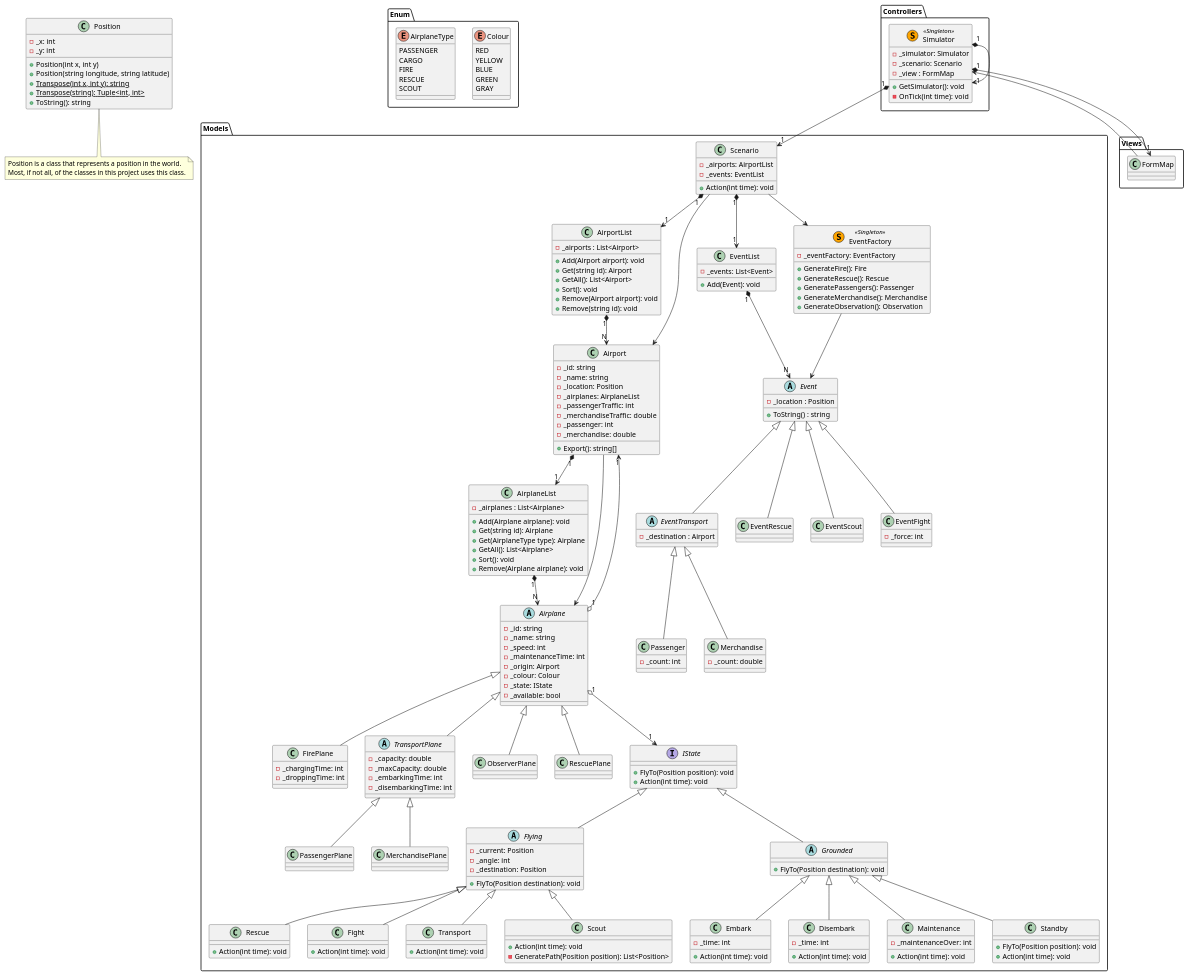
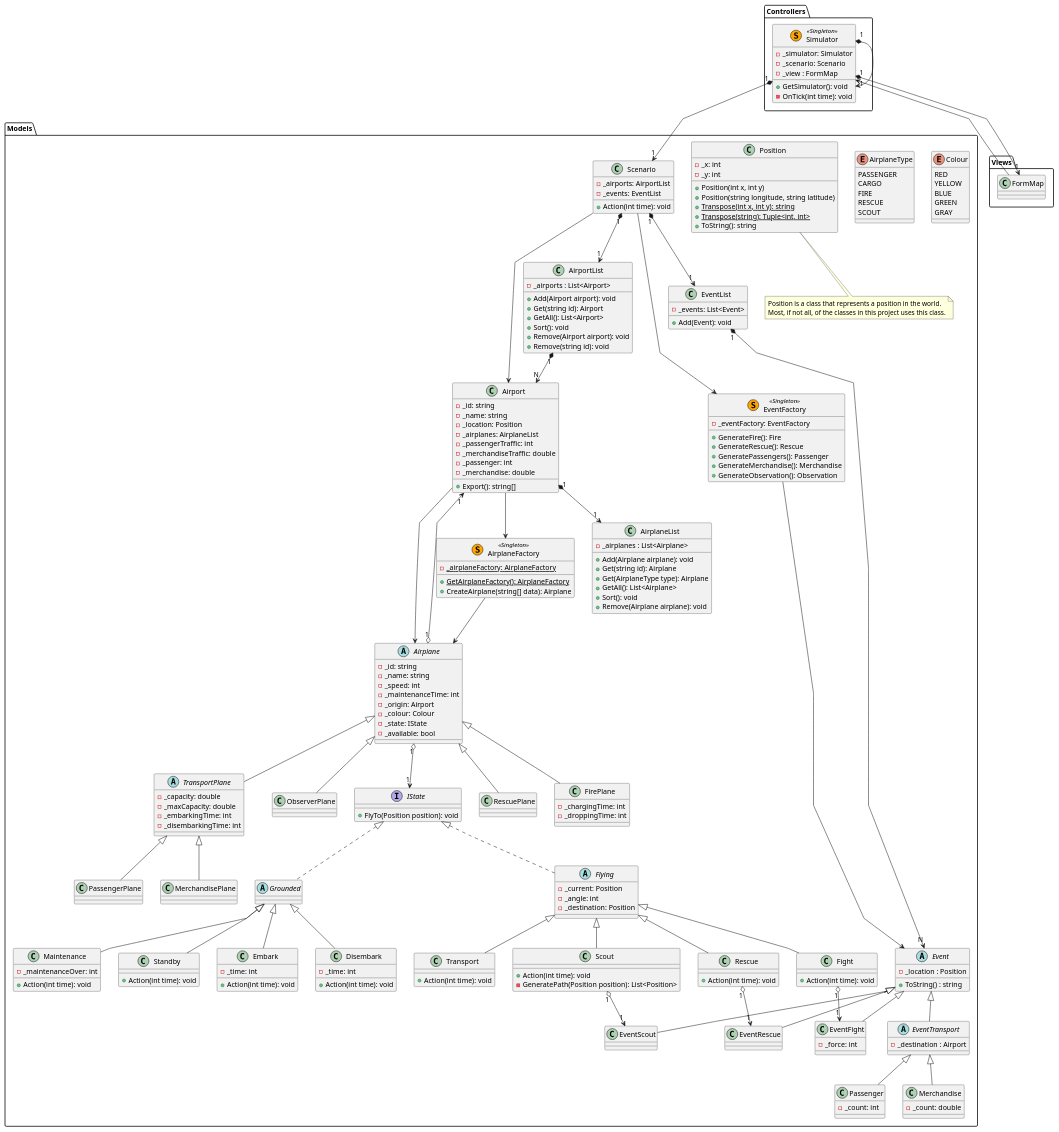
The diagram in Documentation/Diagrams/Class/Simulator.puml (darkhappy/flightsim), drawn with PlantUML before and after one commit.

Commit message:
Class/Simulator: Reformatted

```diff
--- a/Documentation/Diagrams/Class/Simulator.puml
+++ b/Documentation/Diagrams/Class/Simulator.puml
@@ -1,6 +1,10 @@
 @startuml
-package Enum {
-    ' Red = Rescue
+
+skinparam linetype polyline
+
+package Models {
+    ' ----------------------------------- '
+    ' -- Enum                          -- '
     ' Yellow = Fires
     ' Blue = Cargo
     ' Green = Passenger
@@ -20,42 +24,30 @@
         RESCUE
         SCOUT
     }
-}
 
-class Position {
-    - _x: int
-    - _y: int
-    + Position(int x, int y)
-    + Position(string longitude, string latitude)
-    + {static} Transpose(int x, int y): string
-    + {static} Transpose(string): Tuple<int, int>
-    + ToString(): string
-}
+    class Position {
+        - _x: int
+        - _y: int
+        + Position(int x, int y)
+        + Position(string longitude, string latitude)
+        + {static} Transpose(int x, int y): string
+        + {static} Transpose(string): Tuple<int, int>
+        + ToString(): string
+    }
 
-note bottom of Position
-Position is a class that represents a position in the world.
-Most, if not all, of the classes in this project uses this class.
-end note
-
-package Models {
+    note bottom of Position
+    Position is a class that represents a position in the world.
+    Most, if not all, of the classes in this project uses this class.
+    end note
+    
     class Scenario {
         - _airports: AirportList
         - _events: EventList
         + Action(int time): void
     }
-
-    Scenario "1" *--> "1" AirportList
-    Scenario --> Airport
-    AirportList "1" *--> "N" Airport
     
-    class EventList {
-        - _events: List<Event>
-        + Add(Event): void
-    }
-    
-    Scenario "1" *--> "1" EventList
-    EventList "1" *--> "N" Event
-    
+    ' -----------------------------------'
+    ' -- Airport Management           -- '
     class AirportList {
         - _airports : List<Airport>
         + Add(Airport airport): void
@@ -66,7 +58,6 @@
         + Remove(string id): void
     }
     
-
     class Airport {
         - _id: string
         - _name: string
@@ -79,6 +70,8 @@
         + Export(): string[]
     }
     
+    ' -----------------------------------'
+    ' -- Airplane Management          -- '
     class AirplaneList {
         - _airplanes : List<Airplane>
         + Add(Airplane airplane): void
@@ -89,10 +82,11 @@
         + Remove(Airplane airplane): void
     }
     
-    Airport ---> Airplane
-    Airport "1" *--> "1" AirplaneList
-    AirplaneList "1" *--> "N" Airplane
-    Airplane "1" o--> "1" Airport
+    class AirplaneFactory << (S,orange) Singleton>> {
+        - {static} _airplaneFactory: AirplaneFactory
+        + {static} GetAirplaneFactory(): AirplaneFactory
+        + CreateAirplane(string[] data): Airplane
+    }
 
     abstract class Airplane {
         - _id: string
@@ -109,62 +103,84 @@
         - _chargingTime: int
         - _droppingTime: int
     }
+    
     abstract class TransportPlane extends Airplane {
         - _capacity: double
         - _maxCapacity: double
         - _embarkingTime: int
         - _disembarkingTime: int
     }
-    class PassengerPlane extends TransportPlane {}
-    class MerchandisePlane extends TransportPlane {}
-    class ObserverPlane extends Airplane{}
-    class RescuePlane extends Airplane{}
+    
+    class PassengerPlane extends TransportPlane {
+    }
+    
+    class MerchandisePlane extends TransportPlane {
+    }
+    
+    class ObserverPlane extends Airplane{
+    }
+    
+    class RescuePlane extends Airplane{
+    }
+    
+    ' -----------------------------------'
+    ' -- Airplane States              -- '
     interface IState {
         + FlyTo(Position position): void
-        + Action(int time): void
     }
     
-    abstract class Flying extends IState {
+    abstract class Flying implements IState {
         - _current: Position
         - _angle: int
         - _destination: Position
-        + FlyTo(Position destination): void
     }
-    abstract Grounded extends IState {
-        + FlyTo(Position destination): void
+    
+    abstract Grounded implements IState {
     }
+    
     class Embark extends Grounded {
         - _time: int
         + Action(int time): void
     }
+    
     class Disembark extends Grounded {
         - _time: int
         + Action(int time): void
     }
+    
+    class Standby extends Grounded {
+        + Action(int time): void
+    }
+    
+    class Maintenance extends Grounded {
+        - _maintenanceOver: int
+        + Action(int time): void
+    }
+    
     class Rescue extends Flying {
         + Action(int time): void
     }
+    
     class Fight extends Flying {
         + Action(int time): void
     }
+    
     class Transport extends Flying {
         + Action(int time): void
     }
+    
     class Scout extends Flying {
         + Action(int time): void
         - GeneratePath(Position position): List<Position>
     }
-    class Maintenance extends Grounded {
-        - _maintenanceOver: int
-        + Action(int time): void
-    }
-    class Standby extends Grounded {
-        + FlyTo(Position position): void
-        + Action(int time): void
+    
+    ' ---------------------------------- '
+    ' -- Events Management            -- '
+    class EventList {
+        - _events: List<Event>
+        + Add(Event): void
     }
     
-    Airplane "1" o--> "1" IState
-
     class EventFactory << (S,orange) Singleton>> {
         - _eventFactory: EventFactory
         + GenerateFire(): Fire
@@ -173,8 +189,6 @@
         + GenerateMerchandise(): Merchandise
         + GenerateObservation(): Observation
     }
-
-    EventFactory --> Event
 
     abstract class Event {
         - _location : Position
@@ -219,9 +233,40 @@
     }
 }
 
+' Relations
+' - Global
+' -- Controller and View
+Simulator "1" *--> "1" FormMap
+FormMap --> Simulator
+' -- Controller and Model
 Simulator "1" *--> "1" Scenario
 Simulator "1" *--> "1" Simulator
-Simulator "1" *--> "1" FormMap
+
+' - Model
+' -- Scenario
+Scenario --> Airport
 Scenario --> EventFactory
-FormMap --> Simulator
+Scenario "1" *--> "1" AirportList
+Scenario "1" *--> "1" EventList
+
+' -- Airport
+Airport --> AirplaneFactory
+Airport ---> Airplane
+Airport "1" *--> "1" AirplaneList
+
+' -- Airplane
+AirportList "1" *--> "N" Airport
+AirplaneFactory --> Airplane
+Airplane "1" o--> "1" IState
+Airplane "1" o--> "1" Airport
+
+' -- Events
+EventList "1" *--> "N" Event
+EventFactory --> Event
+   
+' -- Events and State
+Fight "1" o--> "1" EventFight
+Scout "1" o--> "1" EventScout
+Rescue "1" o--> "1" EventRescue
+
 @enduml
```
